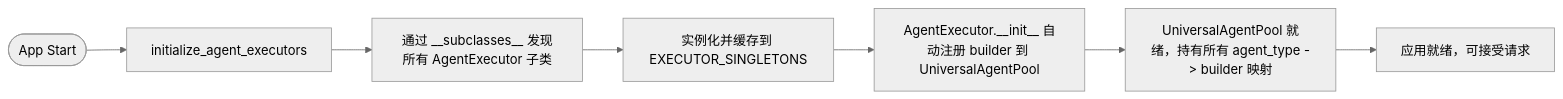
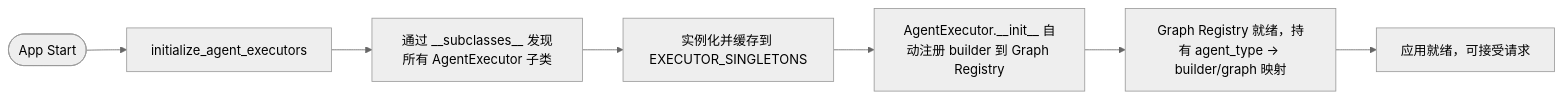
Before and after one commit to istarwyh/xiaohui: the third of 4 diagrams in content/program/practices/如何打造可靠的Agent系统.md, drawn with Mermaid (neutral theme). The commit also changed other lines of this file, not shown here.

Commit message:
修正 Agent Runtime 状态模型

````diff
--- a/content/program/practices/如何打造可靠的Agent系统.md
+++ b/content/program/practices/如何打造可靠的Agent系统.md
@@ -189,9 +251,9 @@
 ```mermaid
 flowchart LR
     Start([App Start]) --> ExecInit[initialize_agent_executors]
     ExecInit --> Discover[通过 __subclasses__ 发现所有 AgentExecutor 子类]
     Discover --> Instantiate[实例化并缓存到 EXECUTOR_SINGLETONS]
-    Instantiate --> AutoReg[AgentExecutor.__init__ 自动注册 builder 到 UniversalAgentPool]
-    AutoReg --> PoolReady[UniversalAgentPool 就绪，持有所有 agent_type -> builder 映射]
+    Instantiate --> AutoReg[AgentExecutor.__init__ 自动注册 builder 到 Graph Registry]
+    AutoReg --> PoolReady[Graph Registry 就绪，持有 agent_type -> builder/graph 映射]
     PoolReady --> Ready[应用就绪，可接受请求]
 ```
````
